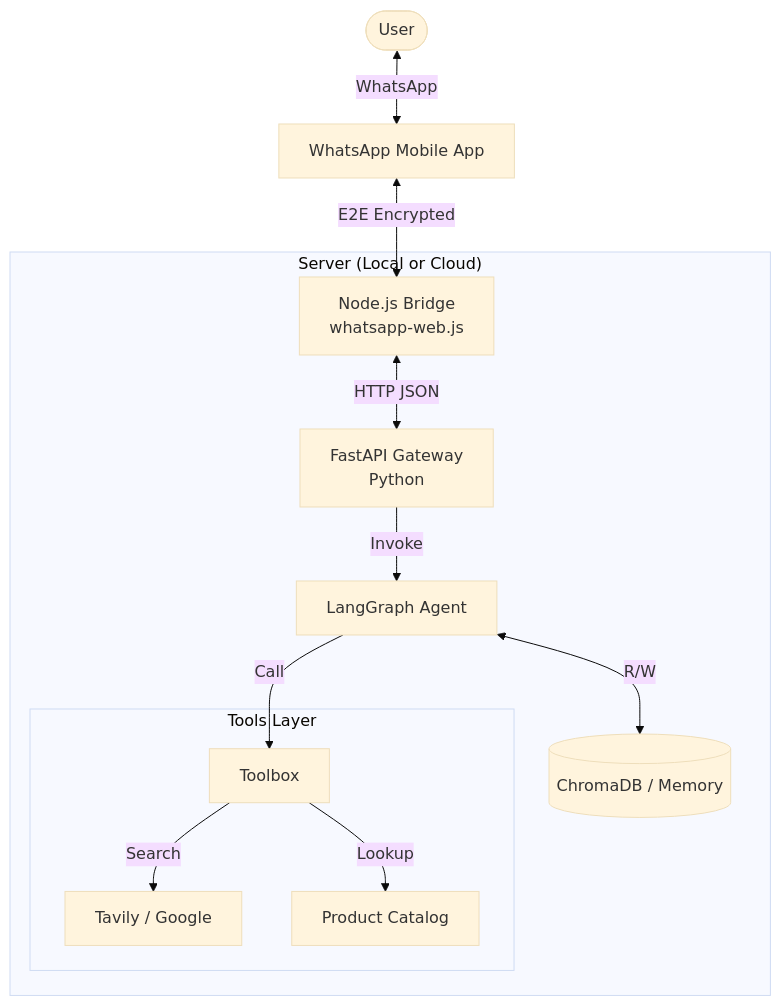
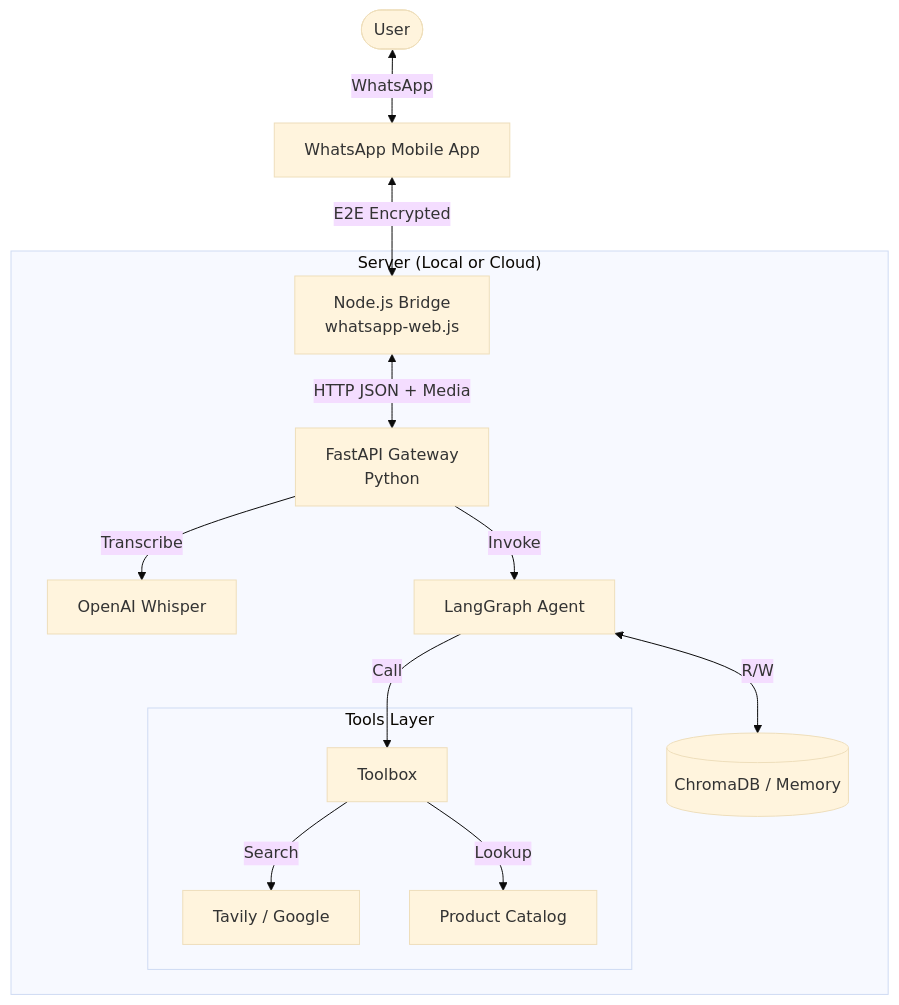
Before and after one commit to Juanpa0128j/AI-Powered-Sales-MultiAgent-System-WhatsApp-Messenger: the first of 2 diagrams in README.md, drawn with Mermaid (base theme). The commit also changed other lines of this file and 10 other files, not shown here.

````diff
--- a/README.md
+++ b/README.md
@@ -22,19 +24,20 @@
 ```mermaid
 graph TD
     User([User]) <-->|WhatsApp| Phone[WhatsApp Mobile App]
     Phone <-->|E2E Encrypted| Bridge[Node.js Bridge<br>whatsapp-web.js]
     
     subgraph "Server (Local or Cloud)"
-        Bridge <-->|HTTP JSON| API[FastAPI Gateway<br>Python]
+        Bridge <-->|HTTP JSON + Media| API[FastAPI Gateway<br>Python]
         
+        API -->|Transcribe| Whisper[OpenAI Whisper]
         API -->|Invoke| Brain[LangGraph Agent]
         Brain <-->|R/W| DB[(ChromaDB / Memory)]
         
         Brain -- Call --> Tools
         subgraph "Tools Layer"
             Tools[Toolbox]
             Tools -->|Search| Web[Tavily / Google]
             Tools -->|Lookup| Catalog[Product Catalog]
         end
     end
 ```
````
